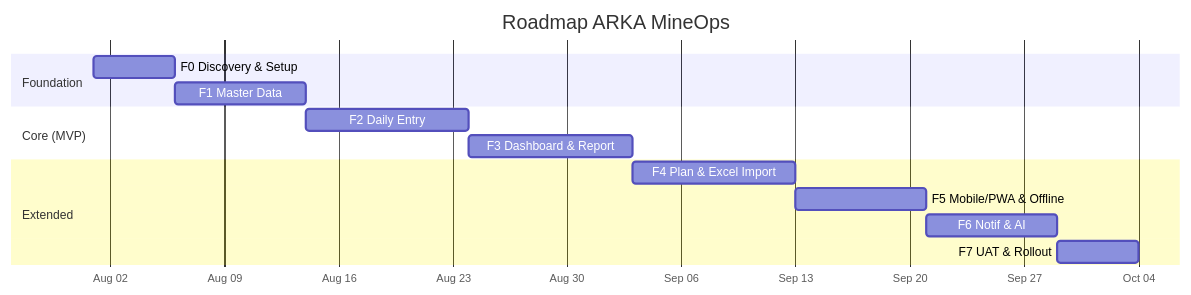
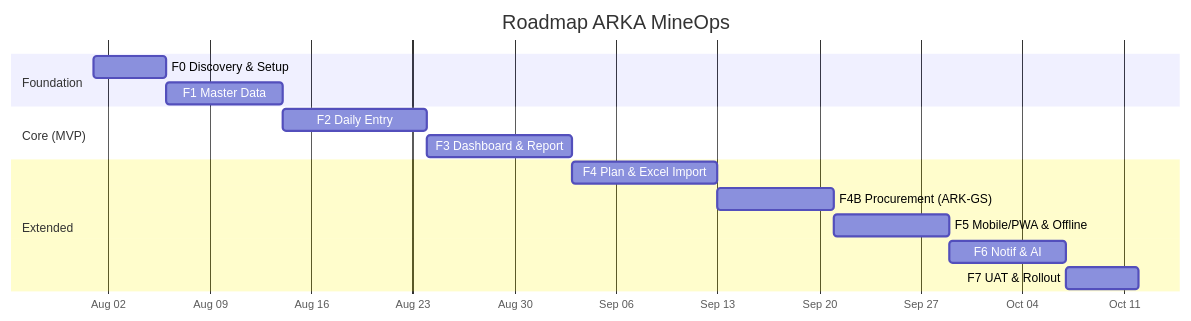
Before and after one commit to rachmanj/daily-production: diagram 11 of 13 in docs/concept.md, drawn with Mermaid. The commit also changed other lines of this file, not shown here.

First line of the commit message:
docs: integrate ARK-GS procurement KPIs (PO Sent, GRPO, NPI, Budget) from SAP B1

````diff
--- a/docs/concept.md
+++ b/docs/concept.md
@@ -695,17 +861,18 @@
 ```mermaid
 gantt
     title Roadmap ARKA MineOps
     dateFormat  YYYY-MM-DD
     axisFormat %b %d
     section Foundation
     F0 Discovery & Setup      :f0, 2026-08-01, 5d
     F1 Master Data            :f1, after f0, 8d
     section Core (MVP)
     F2 Daily Entry            :f2, after f1, 10d
     F3 Dashboard & Report     :f3, after f2, 10d
     section Extended
     F4 Plan & Excel Import    :f4, after f3, 10d
-    F5 Mobile/PWA & Offline   :f5, after f4, 8d
+    F4B Procurement (ARK-GS)  :f4b, after f4, 8d
+    F5 Mobile/PWA & Offline   :f5, after f4b, 8d
     F6 Notif & AI             :f6, after f5, 8d
     F7 UAT & Rollout          :f7, after f6, 5d
 ```
````
